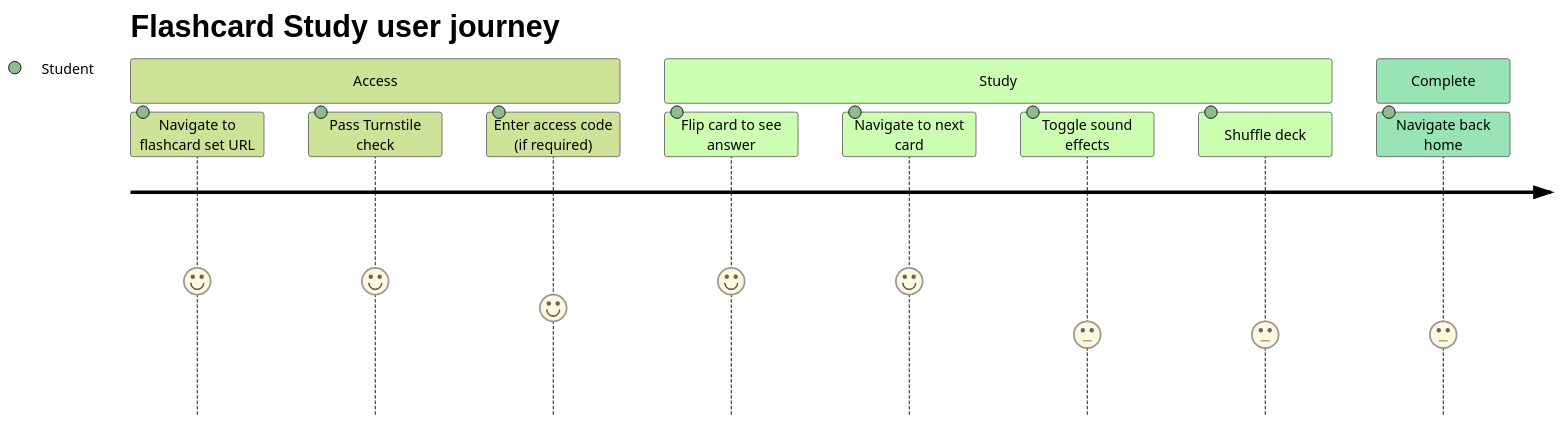
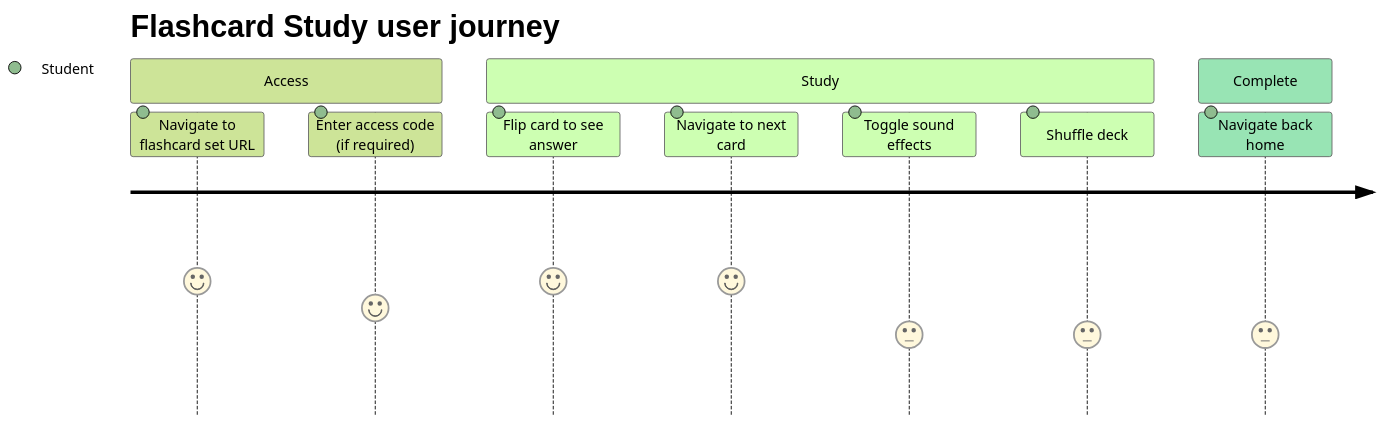
The diagram in docs/features/F011_FlashcardStudy/screens.md (tgiap04/examio), drawn with Mermaid (forest theme) before and after one commit. The commit also changed other lines of this file and 8 other files, not shown here.

````diff
--- a/docs/features/F011_FlashcardStudy/screens.md
+++ b/docs/features/F011_FlashcardStudy/screens.md
@@ -20,15 +20,14 @@
 ```mermaid
 journey
     title Flashcard Study user journey
     section Access
       Navigate to flashcard set URL: 5: Student
-      Pass Turnstile check: 5: Student
       Enter access code (if required): 4: Student
     section Study
       Flip card to see answer: 5: Student
       Navigate to next card: 5: Student
       Toggle sound effects: 3: Student
       Shuffle deck: 3: Student
     section Complete
       Navigate back home: 3: Student
 ```
````
